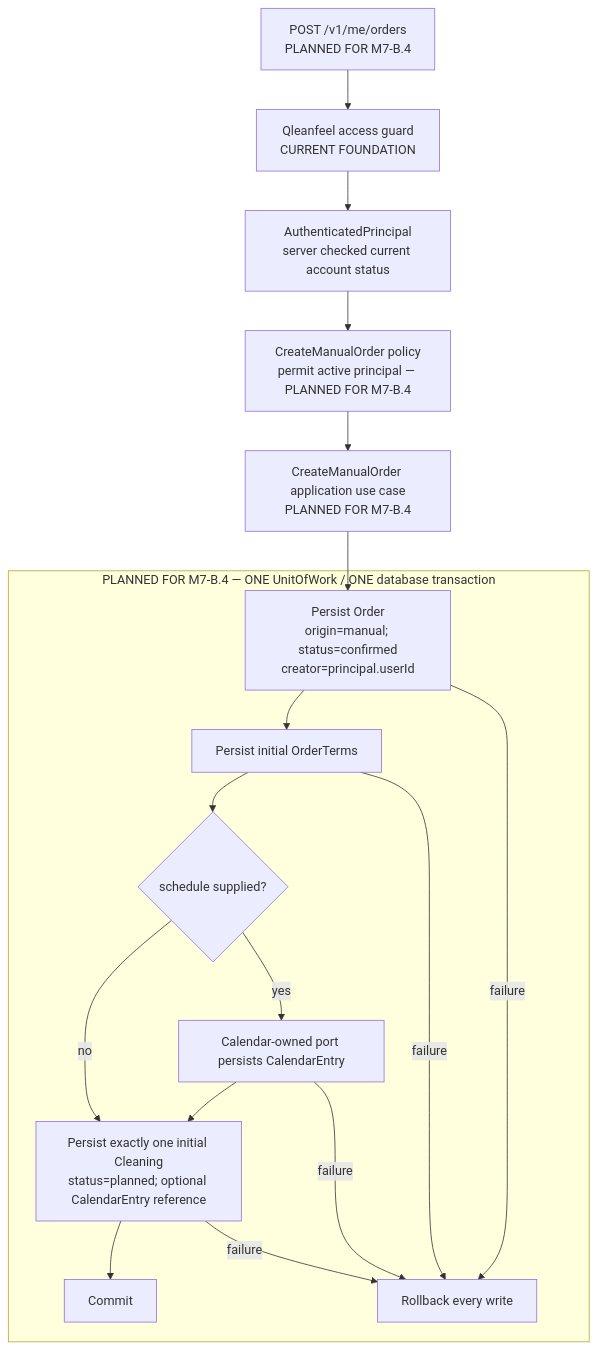
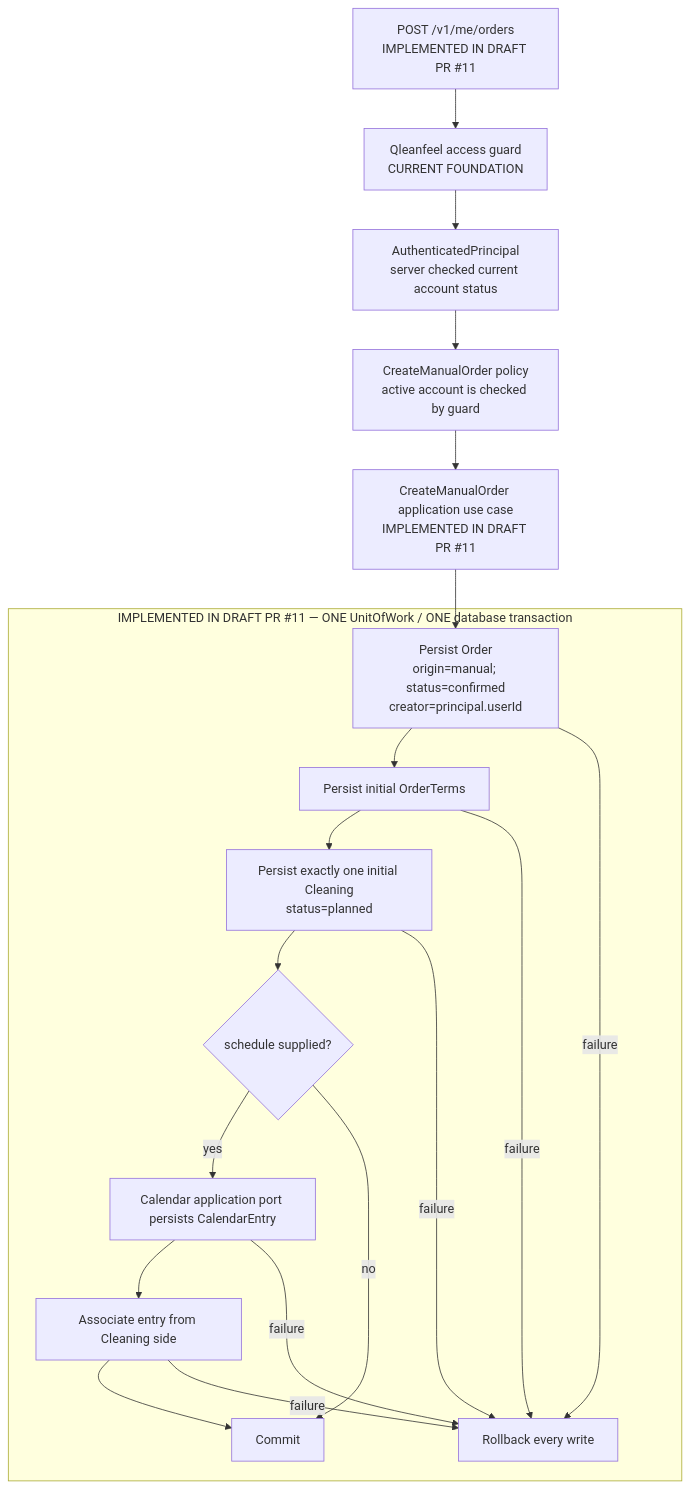
Before and after one commit to qleanfeel-bot/qleanfeel-rn: the sixth of 7 diagrams in docs/ARCHITECTURE_MAP.md, drawn with Mermaid. The commit also changed other lines of this file and 31 other files, not shown here.

````diff
--- a/docs/ARCHITECTURE_MAP.md
+++ b/docs/ARCHITECTURE_MAP.md
@@ -202,27 +212,28 @@
 ```mermaid
 flowchart TB
-  Request["POST /v1/me/orders<br/>PLANNED FOR M7-B.4"] --> Guard["Qleanfeel access guard<br/>CURRENT FOUNDATION"]
+  Request["POST /v1/me/orders<br/>IMPLEMENTED IN DRAFT PR #11"] --> Guard["Qleanfeel access guard<br/>CURRENT FOUNDATION"]
   Guard --> Principal["AuthenticatedPrincipal<br/>server checked current account status"]
-  Principal --> Policy["CreateManualOrder policy<br/>permit active principal — PLANNED FOR M7-B.4"]
-  Policy --> UseCase["CreateManualOrder application use case<br/>PLANNED FOR M7-B.4"]
+  Principal --> Policy["CreateManualOrder policy<br/>active account is checked by guard"]
+  Policy --> UseCase["CreateManualOrder application use case<br/>IMPLEMENTED IN DRAFT PR #11"]
 
-  subgraph UOW["PLANNED FOR M7-B.4 — ONE UnitOfWork / ONE database transaction"]
+  subgraph UOW["IMPLEMENTED IN DRAFT PR #11 — ONE UnitOfWork / ONE database transaction"]
     SaveOrder["Persist Order<br/>origin=manual; status=confirmed<br/>creator=principal.userId"]
     SaveTerms["Persist initial OrderTerms"]
+    SaveCleaning["Persist exactly one initial Cleaning<br/>status=planned"]
     Schedule{"schedule supplied?"}
-    SaveEntry["Calendar-owned port persists CalendarEntry"]
-    SaveCleaning["Persist exactly one initial Cleaning<br/>status=planned; optional CalendarEntry reference"]
+    SaveEntry["Calendar application port persists CalendarEntry"]
+    Associate["Associate entry from Cleaning side"]
     Commit["Commit"]
     Rollback["Rollback every write"]
-    SaveOrder --> SaveTerms --> Schedule
-    Schedule -->|"yes"| SaveEntry --> SaveCleaning
-    Schedule -->|"no"| SaveCleaning
-    SaveCleaning --> Commit
+    SaveOrder --> SaveTerms --> SaveCleaning --> Schedule
+    Schedule -->|"yes"| SaveEntry --> Associate --> Commit
+    Schedule -->|"no"| Commit
     SaveOrder -->|"failure"| Rollback
     SaveTerms -->|"failure"| Rollback
     SaveEntry -->|"failure"| Rollback
     SaveCleaning -->|"failure"| Rollback
+    Associate -->|"failure"| Rollback
   end
 
   UseCase --> SaveOrder
 ```
````
